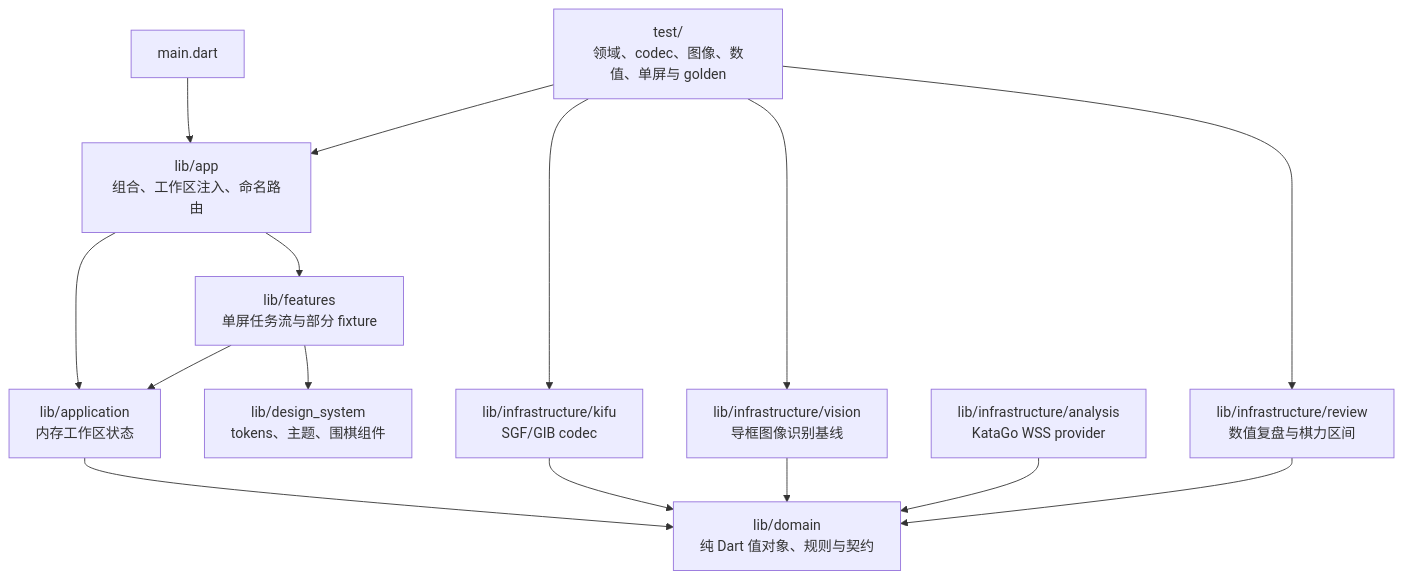
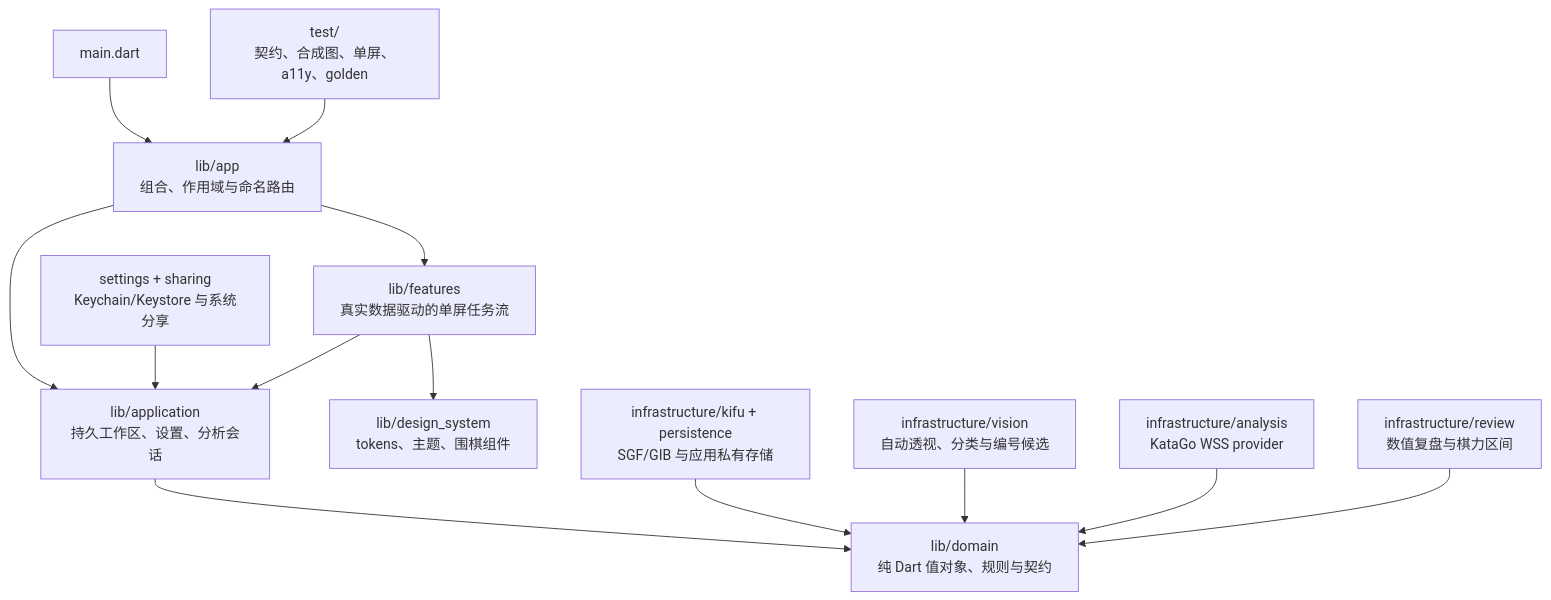
The first of 2 diagrams in docs/ARCHITECTURE.md (wimi321/lizzieyzy-mobile), drawn with Mermaid before and after one commit. The commit also changed other lines of this file and 280 other files, not shown here.

````diff
--- a/docs/ARCHITECTURE.md
+++ b/docs/ARCHITECTURE.md
@@ -16,17 +16,15 @@
 ```mermaid
 flowchart TB
-  Main["main.dart"] --> App["lib/app\n组合、工作区注入、命名路由"]
-  App --> Application["lib/application\n内存工作区状态"]
-  App --> Features["lib/features\n单屏任务流与部分 fixture"]
+  Main["main.dart"] --> App["lib/app\n组合、作用域与命名路由"]
+  App --> Application["lib/application\n持久工作区、设置、分析会话"]
+  App --> Features["lib/features\n真实数据驱动的单屏任务流"]
   Features --> Application
   Features --> DS["lib/design_system\ntokens、主题、围棋组件"]
   Application --> Domain["lib/domain\n纯 Dart 值对象、规则与契约"]
-  Kifu["lib/infrastructure/kifu\nSGF/GIB codec"] --> Domain
-  Vision["lib/infrastructure/vision\n导框图像识别基线"] --> Domain
-  Analysis["lib/infrastructure/analysis\nKataGo WSS provider"] --> Domain
-  Review["lib/infrastructure/review\n数值复盘与棋力区间"] --> Domain
-  Tests["test/\n领域、codec、图像、数值、单屏与 golden"] --> App
-  Tests --> Kifu
-  Tests --> Vision
-  Tests --> Review
+  Kifu["infrastructure/kifu + persistence\nSGF/GIB 与应用私有存储"] --> Domain
+  Vision["infrastructure/vision\n自动透视、分类与编号候选"] --> Domain
+  Analysis["infrastructure/analysis\nKataGo WSS provider"] --> Domain
+  Review["infrastructure/review\n数值复盘与棋力区间"] --> Domain
+  Platform["settings + sharing\nKeychain/Keystore 与系统分享"] --> Application
+  Tests["test/\n契约、合成图、单屏、a11y、golden"] --> App
 ```
````
